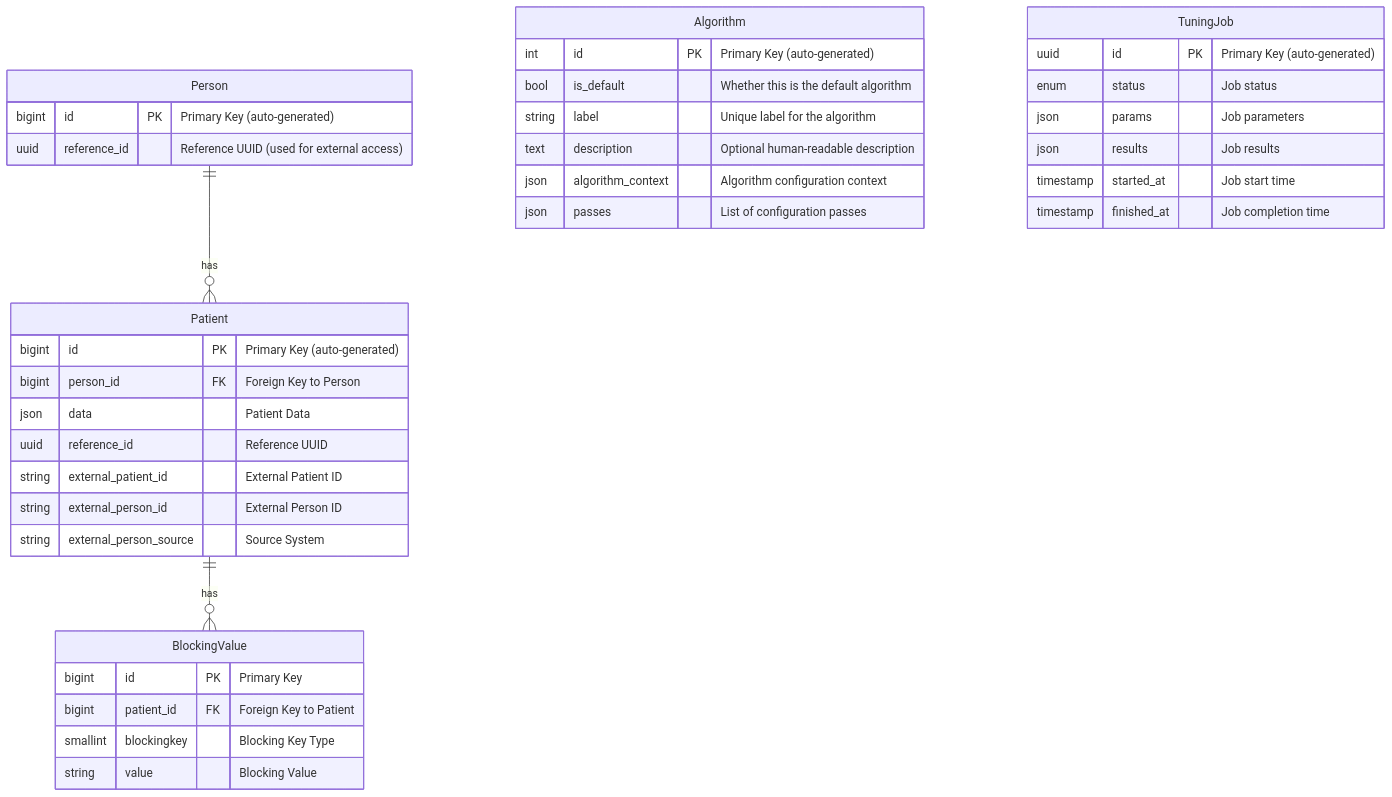
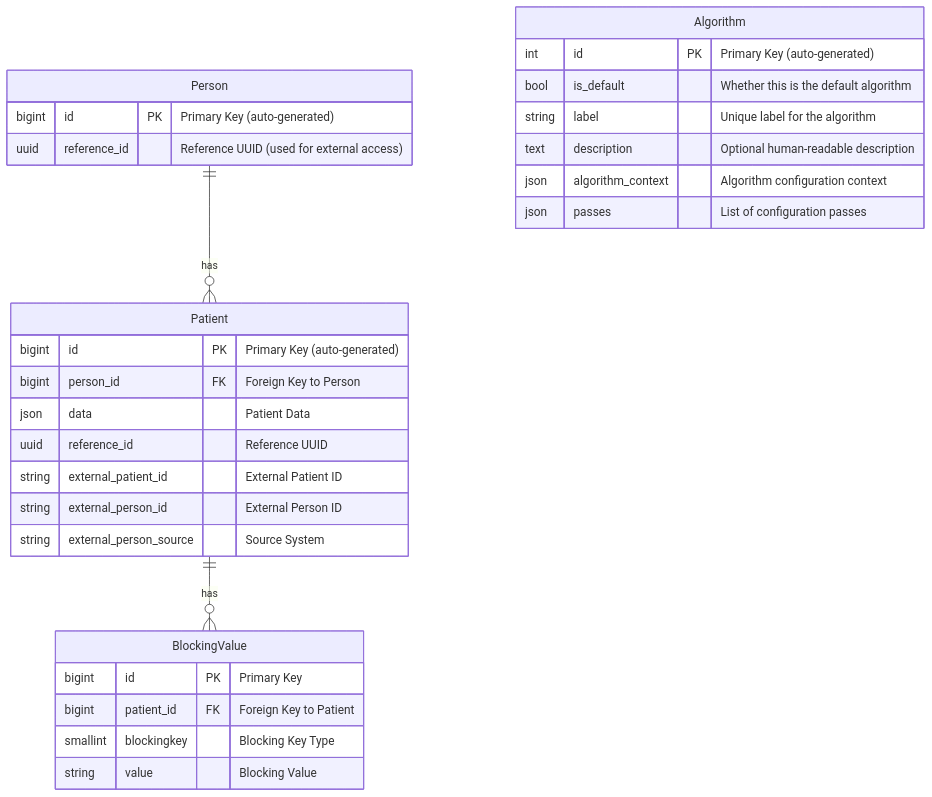
The diagram in docs/site/schema-design.md (CDCgov/RecordLinker), drawn with Mermaid before and after one commit. The commit also changed other lines of this file, not shown here.

Commit message:
removing tuning for now

````diff
--- a/docs/site/schema-design.md
+++ b/docs/site/schema-design.md
@@ -37,48 +33,39 @@
 ```mermaid
 erDiagram
     accTitle: Master Patient Index (MPI) Entity Relationship Diagram
     accDescr: This diagram illustrates the relationships between the tables in the database.
 
     Person {
         bigint id PK "Primary Key (auto-generated)"
         uuid reference_id "Reference UUID (used for external access)"
     }
 
     Patient {
         bigint id PK "Primary Key (auto-generated)"
         bigint person_id FK "Foreign Key to Person"
         json data "Patient Data"
         uuid reference_id "Reference UUID"
         string external_patient_id "External Patient ID"
         string external_person_id "External Person ID"
         string external_person_source "Source System"
     }
 
     BlockingValue {
         bigint id PK "Primary Key"
         bigint patient_id FK "Foreign Key to Patient"
         smallint blockingkey "Blocking Key Type"
         string value "Blocking Value"
     }
 
     Algorithm {
         int id PK "Primary Key (auto-generated)"
         bool is_default "Whether this is the default algorithm"
         string label "Unique label for the algorithm"
         text description "Optional human-readable description"
         json algorithm_context "Algorithm configuration context"
         json passes "List of configuration passes"
     }
 
-    TuningJob {
-        uuid id PK "Primary Key (auto-generated)"
-        enum status "Job status"
-        json params "Job parameters"
-        json results "Job results"
-        timestamp started_at "Job start time"
-        timestamp finished_at "Job completion time"
-    }
-
     Person ||--o{ Patient : "has"
     Patient ||--o{ BlockingValue : "has"
 ```
````
